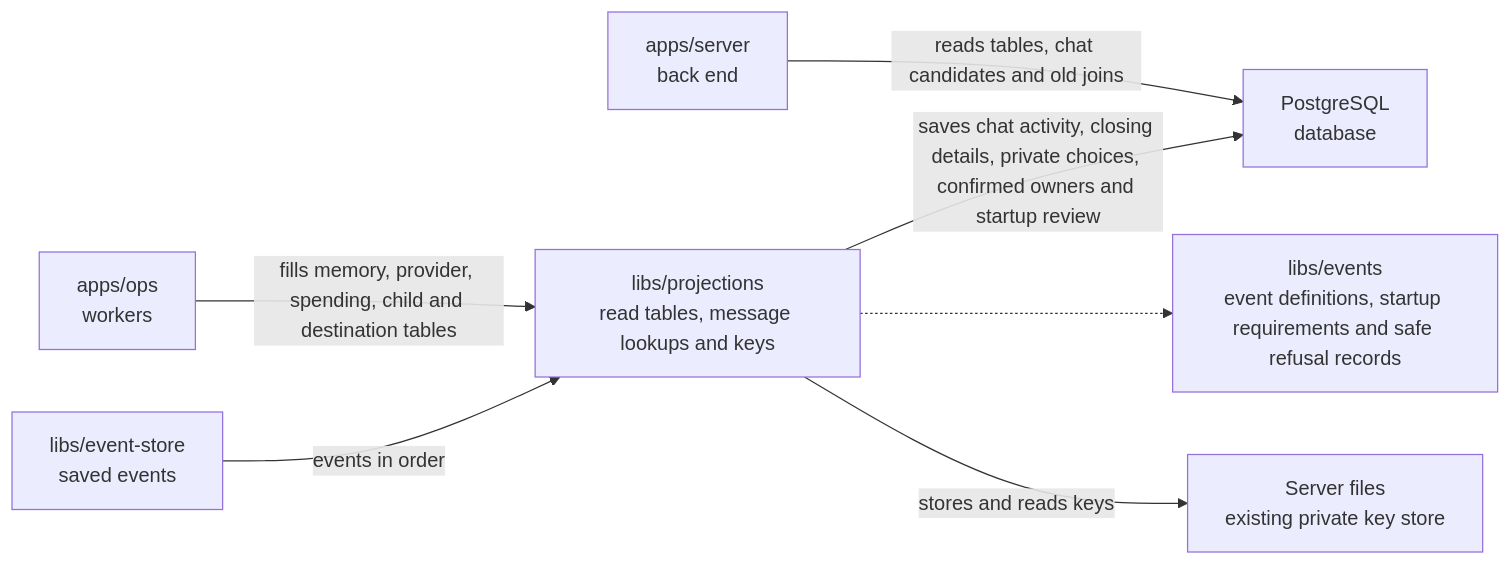
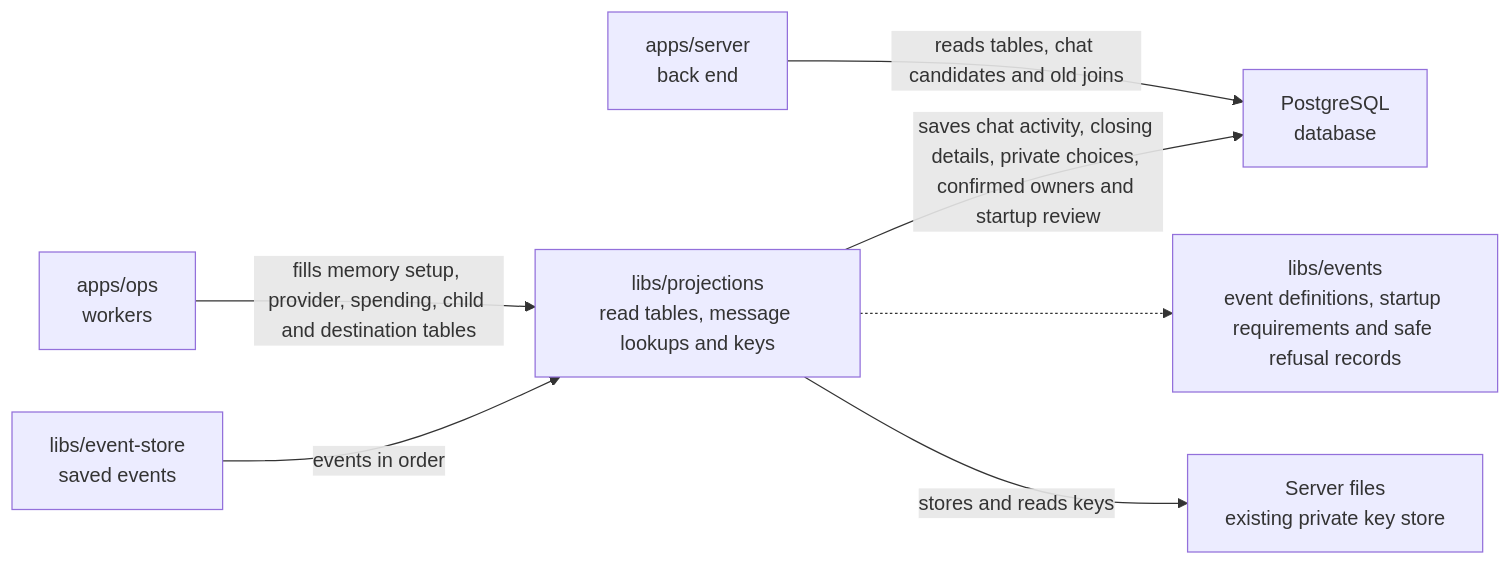
Before and after one commit to elewa-git/opencrane-new: the diagram in libs/projections/README.md, drawn with Mermaid. The commit also changed other lines of this file and 19 other files, not shown here.

````diff
--- a/libs/projections/README.md
+++ b/libs/projections/README.md
@@ -23,9 +23,9 @@
 ```mermaid
 flowchart LR
-  ops["apps/ops<br/>workers"] -->|fills memory, provider, spending, child and destination tables| projections["libs/projections<br/>read tables, message lookups and keys"]
+  ops["apps/ops<br/>workers"] -->|fills memory setup, provider, spending, child and destination tables| projections["libs/projections<br/>read tables, message lookups and keys"]
   server["apps/server<br/>back end"] -->|reads tables, chat candidates and old joins| pg["PostgreSQL<br/>database"]
   projections -->|saves chat activity, closing details, private choices, confirmed owners and startup review| pg
   store["libs/event-store<br/>saved events"] -->|events in order| projections
   projections -.-> events["libs/events<br/>event definitions, startup requirements and safe refusal records"]
   projections -->|stores and reads keys| keys["Server files<br/>existing private key store"]
 ```
````
